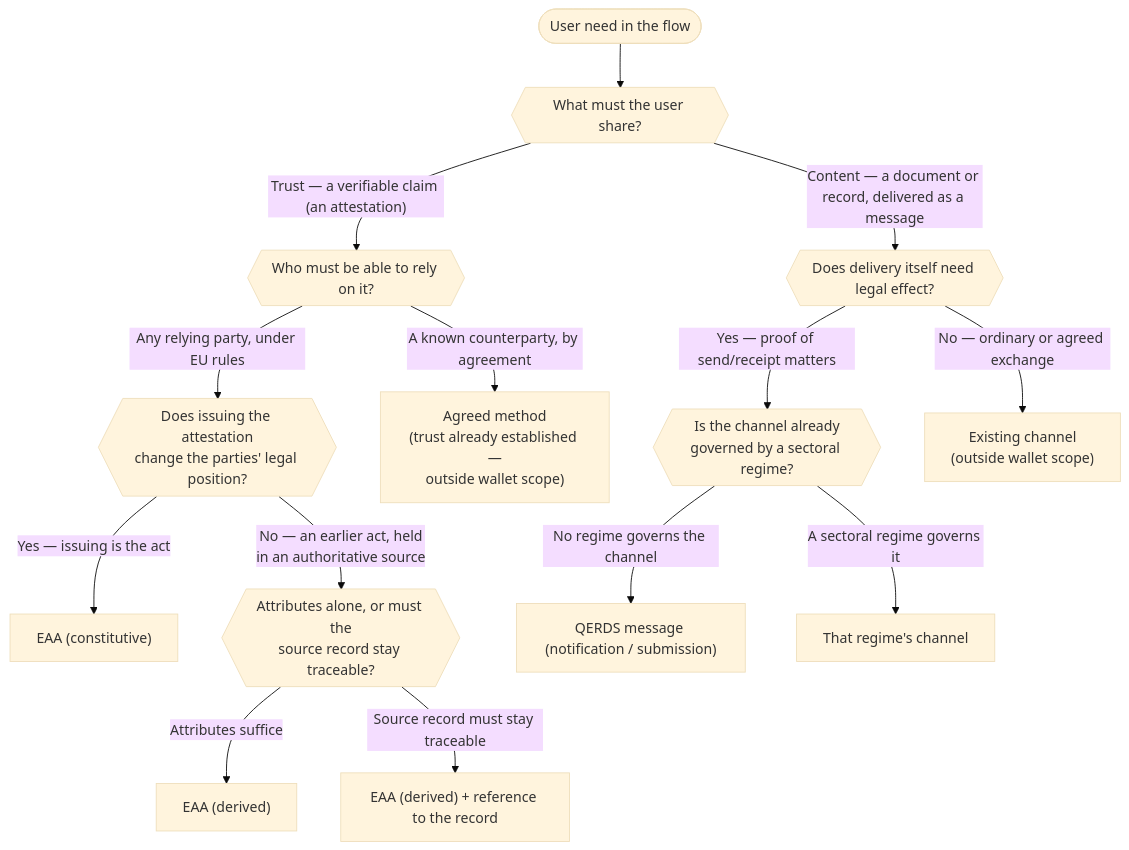
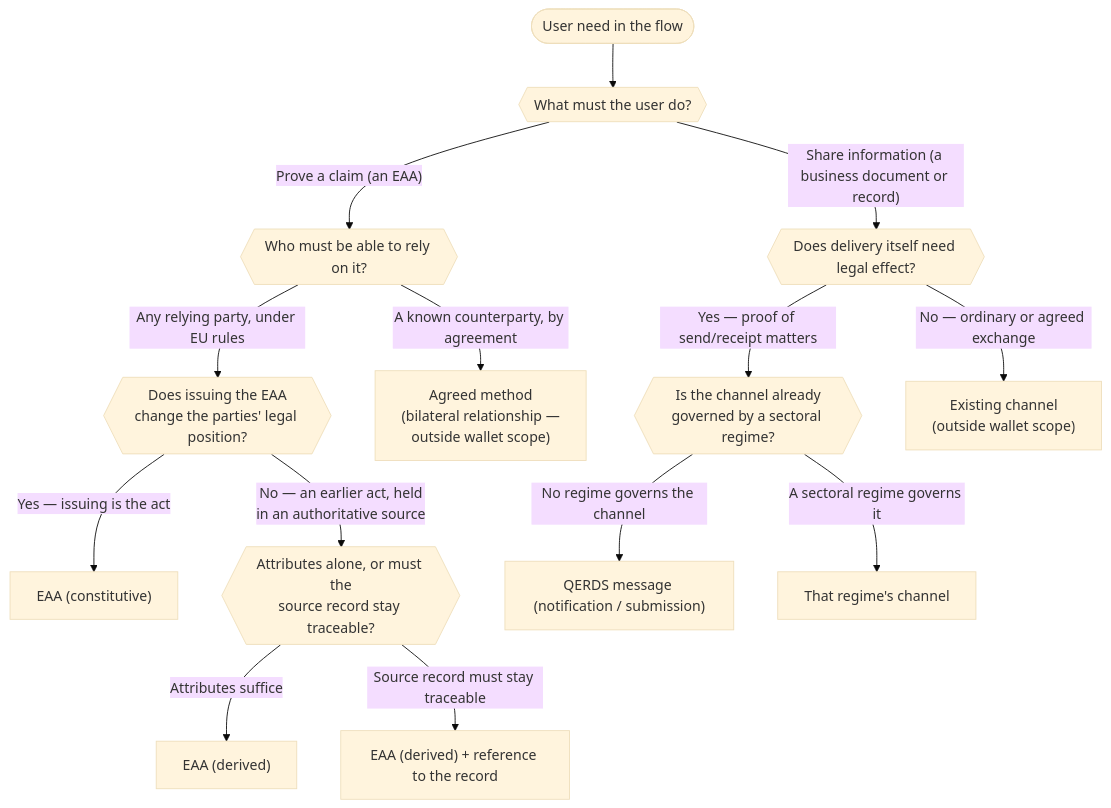
Before and after one commit to kjorlaug/wp4-architecture: the third of 3 diagrams in blueprint/04-integration-model.md, drawn with Mermaid (base theme). The commit also changed other lines of this file and 2 other files, not shown here.

Commit message:
Semantical changes based on feedback from Sander

````diff
--- a/blueprint/04-integration-model.md
+++ b/blueprint/04-integration-model.md
@@ -178,20 +178,21 @@
 ```mermaid
 flowchart TD
-  need(["User need in the flow"]) --> what{{"What must the user share?"}}
-  what -->|"Trust — a verifiable claim (an attestation)"| who{{"Who must be able to rely on it?"}}
-  what -->|"Content — a document or record, delivered as a message"| deliver{{"Does delivery itself need legal effect?"}}
+  need(["User need in the flow"]) --> what{{"What must the user do?"}}
 
-  %% Trust / attestation branch
-  who -->|"Any relying party, under EU rules"| effect{{"Does issuing the attestation<br/>change the parties' legal position?"}}
-  who -->|"A known counterparty, by agreement"| bilateral["Agreed method<br/>(trust already established —<br/>outside wallet scope)"]
+  what -->|"Prove a claim (an EAA)"| who{{"Who must be able to rely on it?"}}
+  what -->|"Share information (a business document or record)"| deliver{{"Does delivery itself need legal effect?"}}
+
+  %% EAA branch
+  who -->|"Any relying party, under EU rules"| effect{{"Does issuing the EAA<br/>change the parties' legal position?"}}
+  who -->|"A known counterparty, by agreement"| bilateral["Agreed method<br/>(bilateral relationship —<br/>outside wallet scope)"]
   effect -->|"Yes — issuing is the act"| constitutive["EAA (constitutive)"]
   effect -->|"No — an earlier act, held<br/>in an authoritative source"| suffice{{"Attributes alone, or must the<br/>source record stay traceable?"}}
   suffice -->|"Attributes suffice"| derived["EAA (derived)"]
   suffice -->|"Source record must stay traceable"| ref["EAA (derived) + reference to the record"]
 
-  %% Content / delivery branch
+  %% Information / delivery branch
   deliver -->|"Yes — proof of send/receipt matters"| regime{{"Is the channel already<br/>governed by a sectoral regime?"}}
   deliver -->|"No — ordinary or agreed exchange"| ordinary["Existing channel<br/>(outside wallet scope)"]
   regime -->|"No regime governs the channel"| qerds["QERDS message (notification / submission)"]
   regime -->|"A sectoral regime governs it"| sectoral["That regime's channel"]
 ```
````
